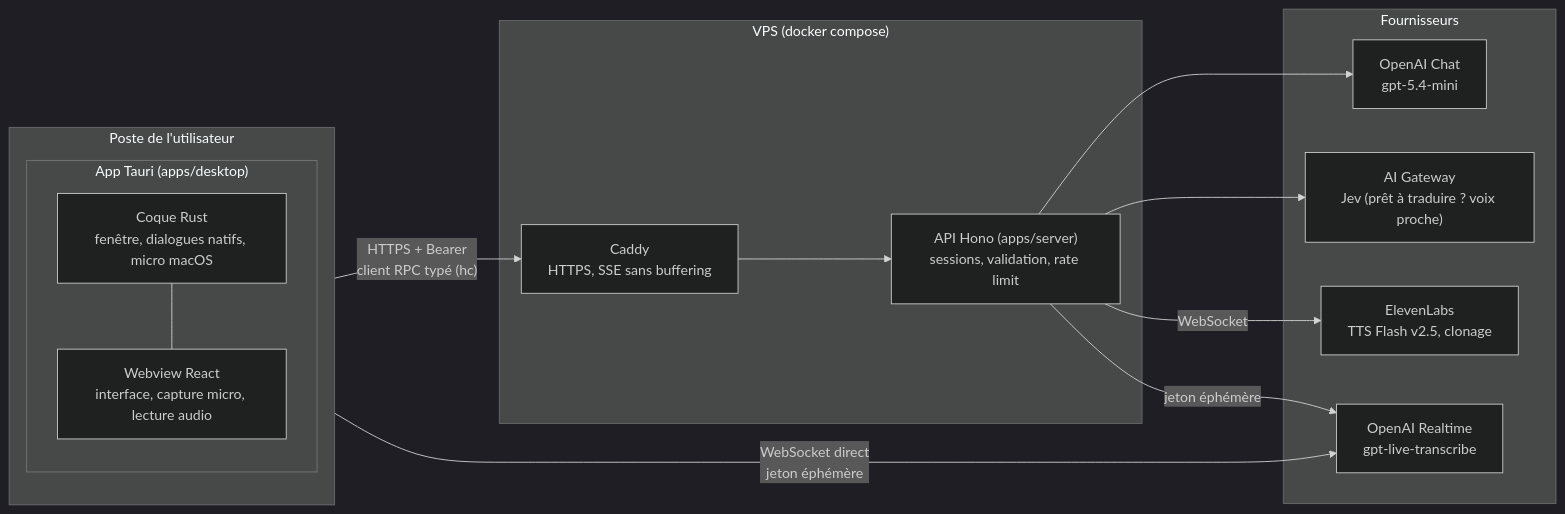
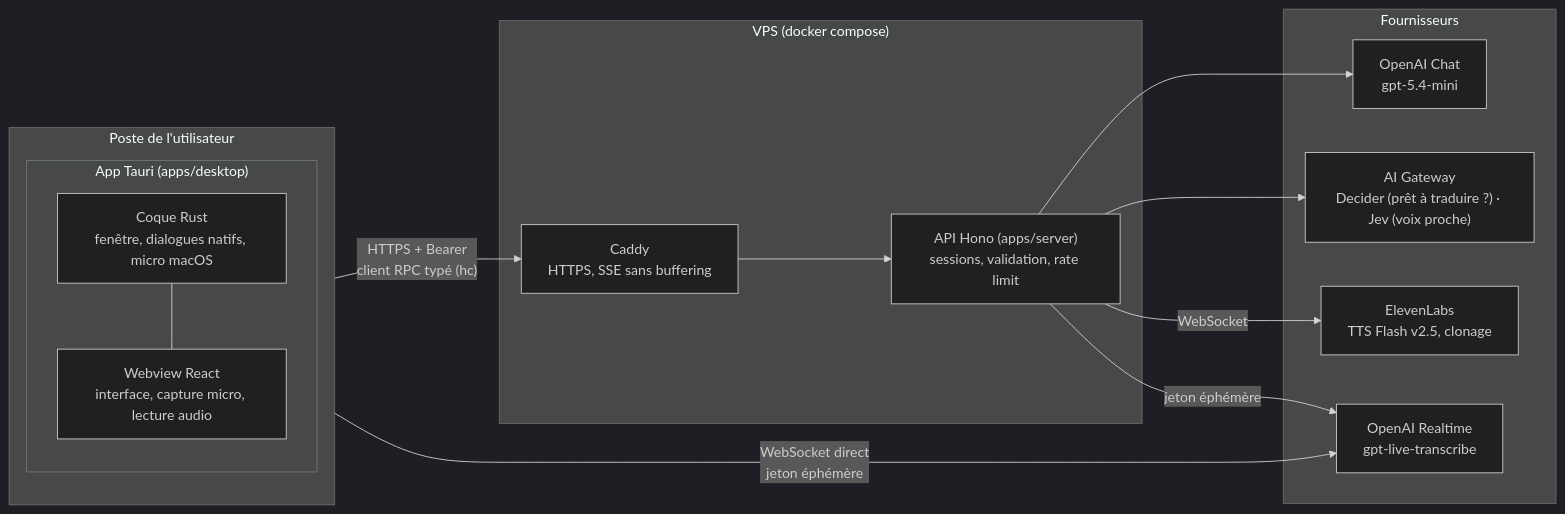
Before and after one commit to kevinrss01/interprete-live-v2: the first of 6 diagrams in docs/architecture.md, drawn with Mermaid (dark theme). The commit also changed other lines of this file and 29 other files, not shown here.

Commit message:
Improve benchmark diagnostics, recording coverage and caption flow

````diff
--- a/docs/architecture.md
+++ b/docs/architecture.md
@@ -23,31 +23,31 @@
 ```mermaid
 flowchart LR
   subgraph Poste["Poste de l'utilisateur"]
     direction TB
     subgraph Tauri["App Tauri (apps/desktop)"]
       Shell["Coque Rust<br/>fenêtre, dialogues natifs, micro macOS"]
       UI["Webview React<br/>interface, capture micro, lecture audio"]
       Shell --- UI
     end
   end
 
   subgraph VPS["VPS (docker compose)"]
     Caddy["Caddy<br/>HTTPS, SSE sans buffering"]
     API["API Hono (apps/server)<br/>sessions, validation, rate limit"]
     Caddy --> API
   end
 
   subgraph Fournisseurs["Fournisseurs"]
     RT["OpenAI Realtime<br/>gpt-live-transcribe"]
     LLM["OpenAI Chat<br/>gpt-5.4-mini"]
-    Jev["AI Gateway<br/>Jev (prêt à traduire ? voix proche)"]
+    Jev["AI Gateway<br/>Decider (prêt à traduire ?) · Jev (voix proche)"]
     EL["ElevenLabs<br/>TTS Flash v2.5, clonage"]
   end
 
   UI -- "HTTPS + Bearer<br/>client RPC typé (hc)" --> Caddy
   UI -- "WebSocket direct<br/>jeton éphémère" --> RT
   API --> LLM
   API --> Jev
   API -- "WebSocket" --> EL
   API -- "jeton éphémère" --> RT
 ```
````
